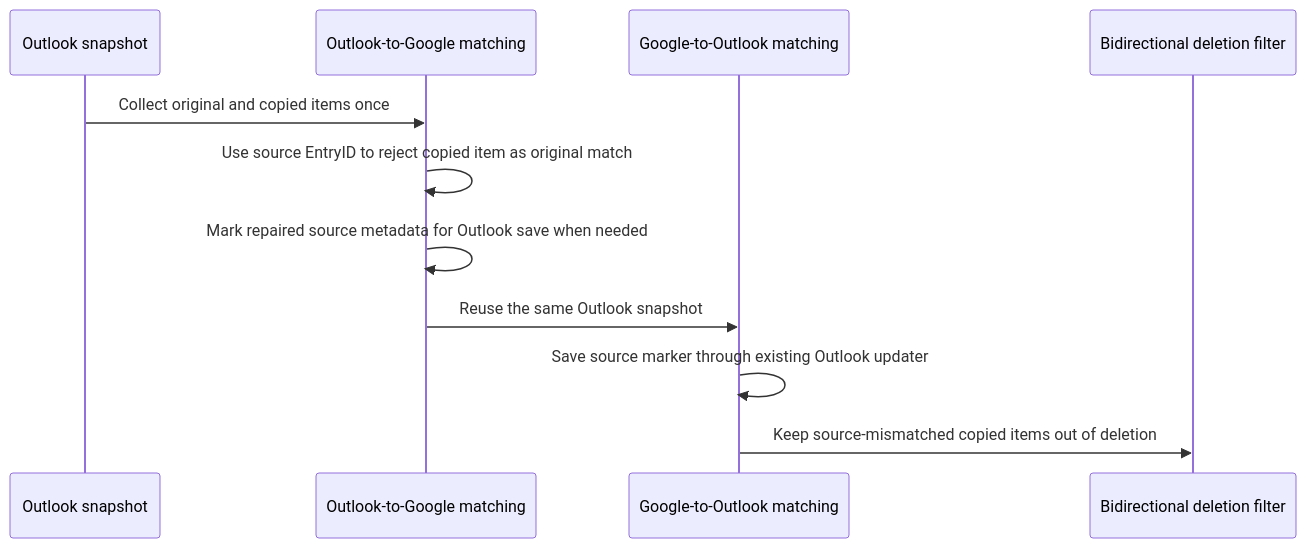
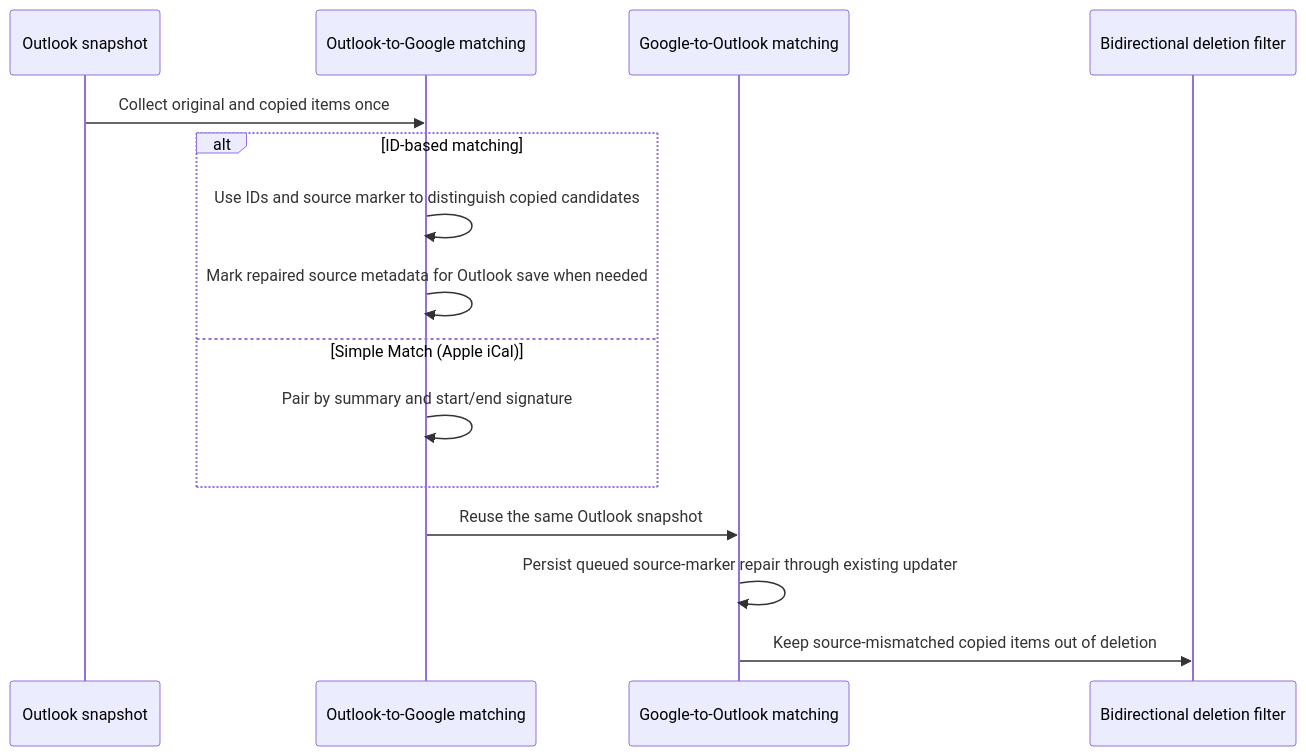
Before and after one commit to phw198/OutlookGoogleCalendarSync: the third of 3 diagrams in .ai/architecture.md, drawn with Mermaid. The commit also changed other lines of this file, not shown here.

Commit message:
Document Simple Match behaviour #2352

````diff
--- a/.ai/architecture.md
+++ b/.ai/architecture.md
@@ -74,14 +75,18 @@
 ```mermaid
 sequenceDiagram
     participant O as Outlook snapshot
     participant OG as Outlook-to-Google matching
     participant GO as Google-to-Outlook matching
     participant D as Bidirectional deletion filter
 
     O->>OG: Collect original and copied items once
-    OG->>OG: Use source EntryID to reject copied item as original match
-    OG->>OG: Mark repaired source metadata for Outlook save when needed
+    alt ID-based matching
+        OG->>OG: Use IDs and source marker to distinguish copied candidates
+        OG->>OG: Mark repaired source metadata for Outlook save when needed
+    else Simple Match (Apple iCal)
+        OG->>OG: Pair by summary and start/end signature
+    end
     OG->>GO: Reuse the same Outlook snapshot
-    GO->>GO: Save source marker through existing Outlook updater
+    GO->>GO: Persist queued source-marker repair through existing updater
     GO->>D: Keep source-mismatched copied items out of deletion
 ```
````
